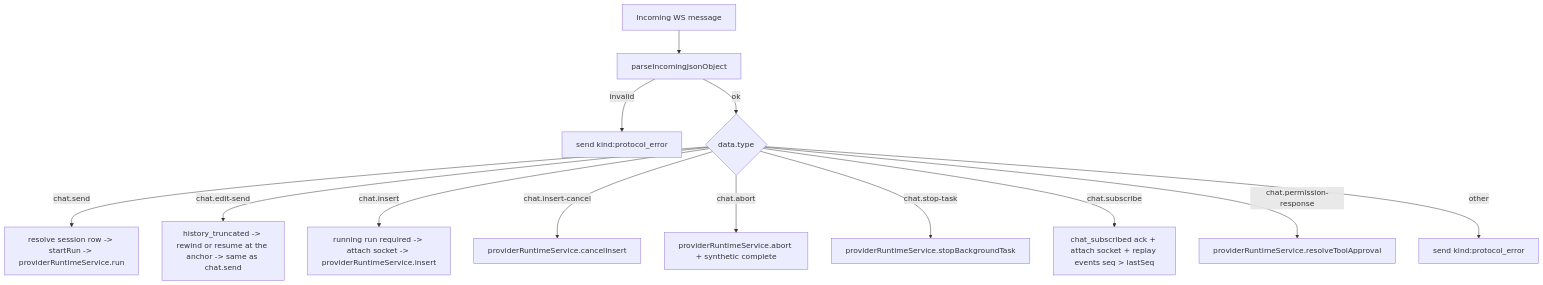
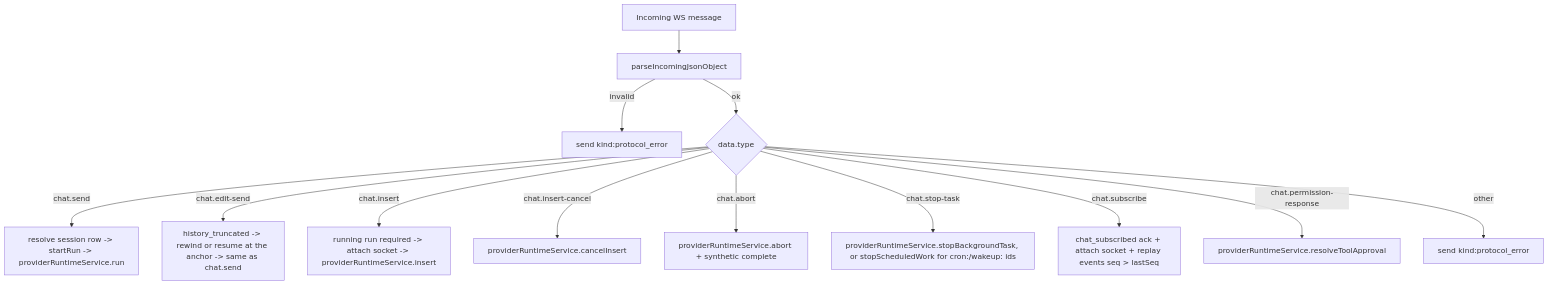
Before and after one commit to ping-coder/claudecodeui: the third of 5 diagrams in server/modules/websocket/README.md, drawn with Mermaid. The commit also changed other lines of this file and 352 other files, not shown here.

````diff
--- a/server/modules/websocket/README.md
+++ b/server/modules/websocket/README.md
@@ -126,16 +126,16 @@
 ```mermaid
 flowchart TD
   A[Incoming WS message] --> B[parseIncomingJsonObject]
   B -->|invalid| C[send kind:protocol_error]
   B -->|ok| D{data.type}
 
   D -->|chat.send| E[resolve session row -> startRun -> providerRuntimeService.run]
   D -->|chat.edit-send| E2[history_truncated -> rewind or resume at the anchor -> same as chat.send]
   D -->|chat.insert| J[running run required -> attach socket -> providerRuntimeService.insert]
   D -->|chat.insert-cancel| K[providerRuntimeService.cancelInsert]
   D -->|chat.abort| F[providerRuntimeService.abort + synthetic complete]
-  D -->|chat.stop-task| F2[providerRuntimeService.stopBackgroundTask]
+  D -->|chat.stop-task| F2[providerRuntimeService.stopBackgroundTask, or stopScheduledWork for cron:/wakeup: ids]
   D -->|chat.subscribe| G[chat_subscribed ack + attach socket + replay events seq > lastSeq]
   D -->|chat.permission-response| H[providerRuntimeService.resolveToolApproval]
   D -->|other| I[send kind:protocol_error]
 ```
````
